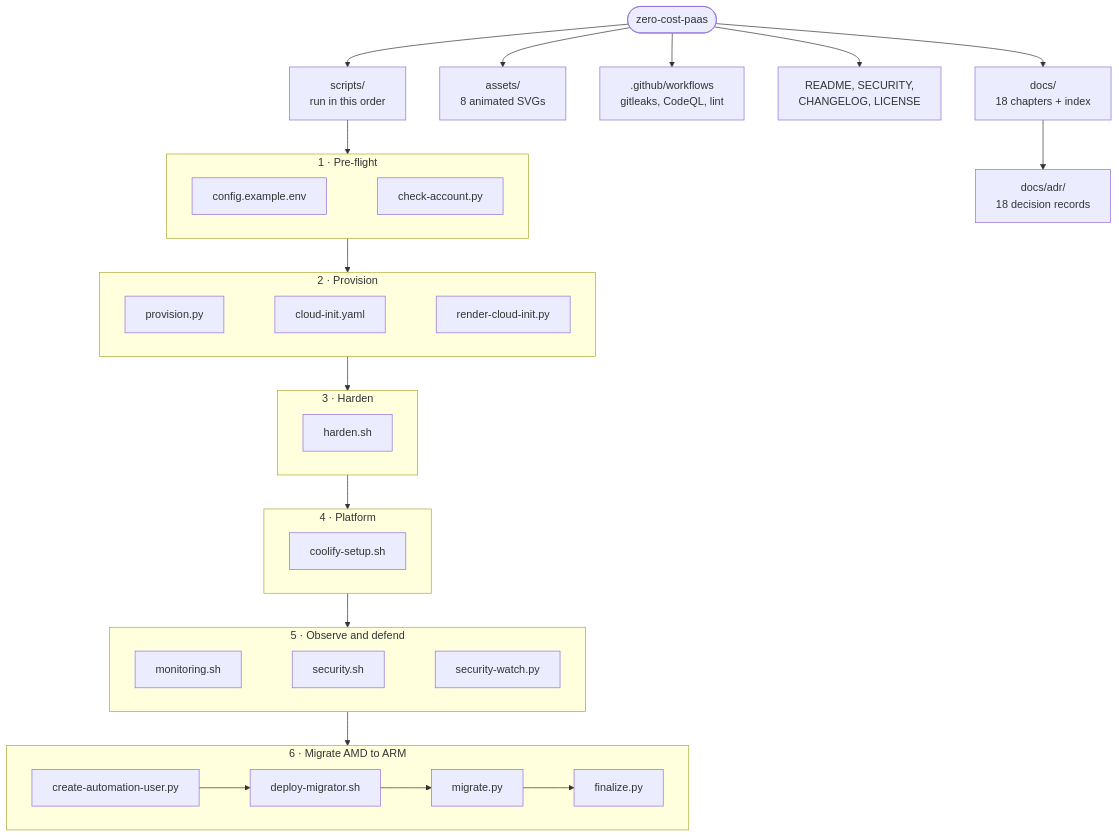
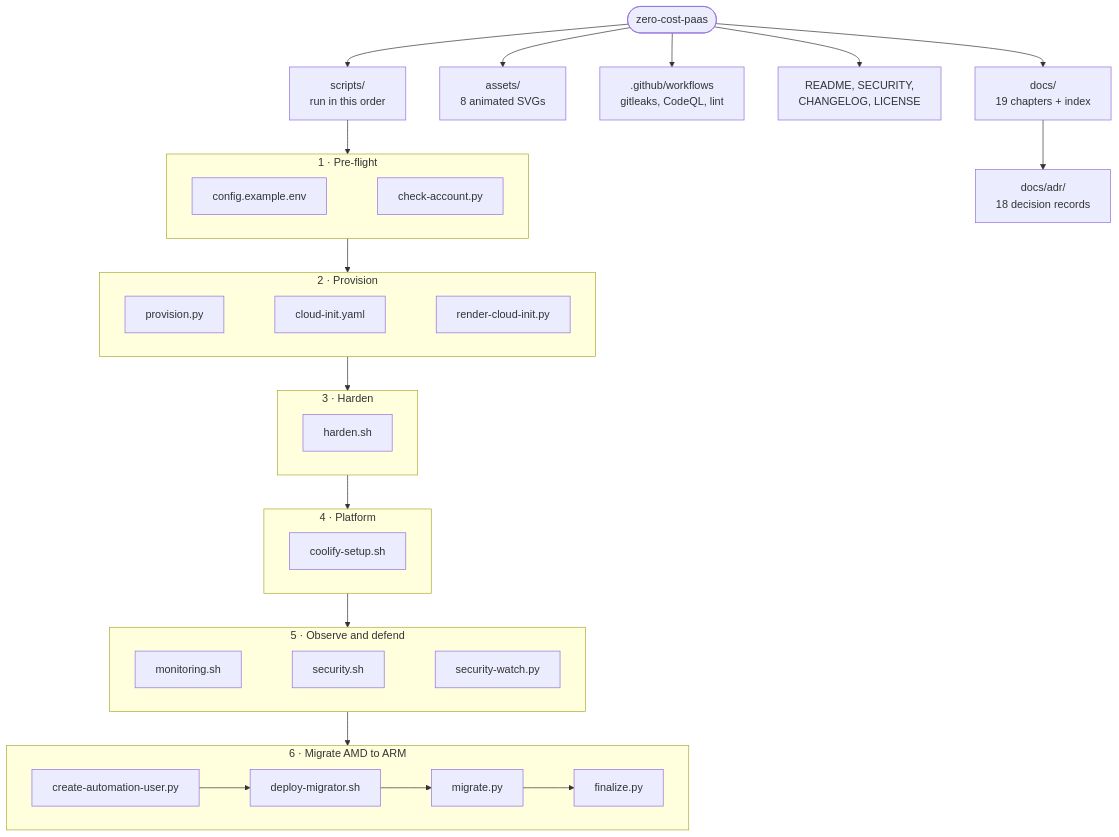
Before and after one commit to 855princekumar/zero-cost-paas: the second of 2 diagrams in README.md, drawn with Mermaid. The commit also changed other lines of this file and 6 other files, not shown here.

````diff
--- a/README.md
+++ b/README.md
@@ -312,34 +313,34 @@
 ```mermaid
 flowchart TB
     root(["zero-cost-paas"])
-    root --> docs["docs/<br/>18 chapters + index"] & assets["assets/<br/>8 animated SVGs"] & ci[".github/workflows<br/>gitleaks, CodeQL, lint"] & meta["README, SECURITY,<br/>CHANGELOG, LICENSE"]
+    root --> docs["docs/<br/>19 chapters + index"] & assets["assets/<br/>8 animated SVGs"] & ci[".github/workflows<br/>gitleaks, CodeQL, lint"] & meta["README, SECURITY,<br/>CHANGELOG, LICENSE"]
     docs --> adr["docs/adr/<br/>18 decision records"]
     root --> scripts["scripts/<br/>run in this order"]
 
     subgraph p1["1 · Pre-flight"]
         direction LR
         cfg["config.example.env"] ~~~ chk["check-account.py"]
     end
     subgraph p2["2 · Provision"]
         direction LR
         prov["provision.py"] ~~~ cinit["cloud-init.yaml"] ~~~ rci["render-cloud-init.py"]
     end
     subgraph p3["3 · Harden"]
         direction LR
         hard["harden.sh"]
     end
     subgraph p4["4 · Platform"]
         direction LR
         cool["coolify-setup.sh"]
     end
     subgraph p5["5 · Observe and defend"]
         direction LR
         mon["monitoring.sh"] ~~~ sec["security.sh"] ~~~ sw["security-watch.py"]
     end
     subgraph p6["6 · Migrate AMD to ARM"]
         direction LR
         iam["create-automation-user.py"] --> dep["deploy-migrator.sh"] --> mig["migrate.py"] --> fin["finalize.py"]
     end
 
     scripts --> p1 --> p2 --> p3 --> p4 --> p5 --> p6
 ```
````
